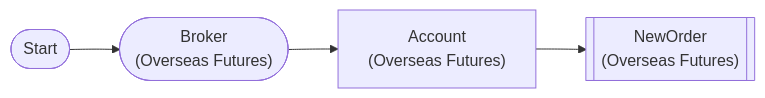
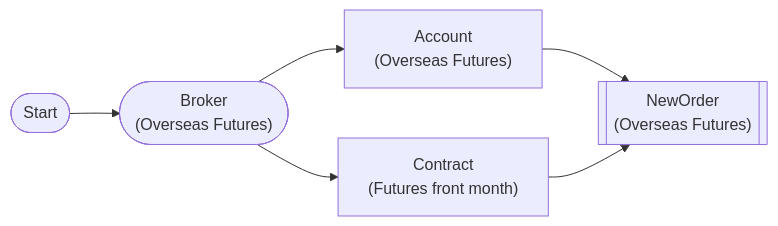
Before and after one commit to programgarden/programgarden: the diagram in src/programgarden/examples/workflows/14-order-futures-new.md, drawn with Mermaid. The commit also changed other lines of this file and 43 other files, not shown here.

First line of the commit message:
feat(futures): 월물 하드코딩 근본 제거 — FuturesContractNode 신설 + 예제 16건 전환

````diff
--- a/src/programgarden/examples/workflows/14-order-futures-new.md
+++ b/src/programgarden/examples/workflows/14-order-futures-new.md
@@ -7,13 +12,17 @@
 ```mermaid
 graph LR
     start(["Start"])
     broker(["Broker
 (Overseas Futures)"])
+    contract["Contract
+(Futures front month)"]
     account["Account
 (Overseas Futures)"]
     new_order[["NewOrder
 (Overseas Futures)"]]
     start --> broker
+    broker --> contract
     broker --> account
     account --> new_order
+    contract --> new_order
 ```
````
